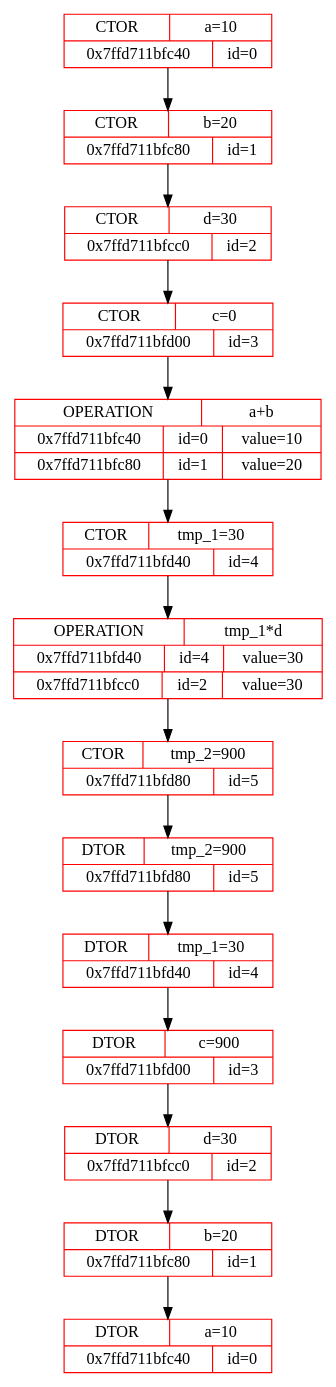
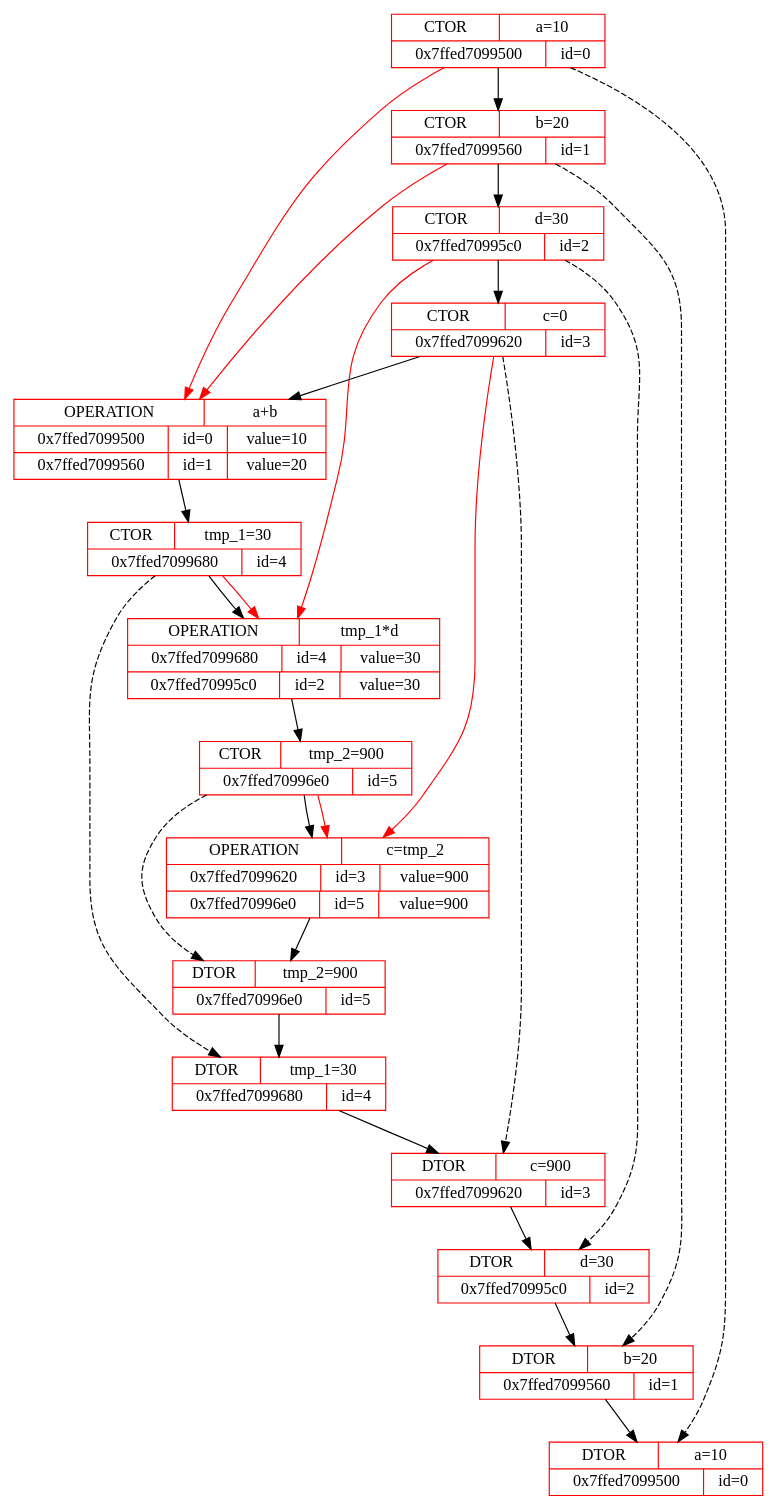
Before and after one commit to x-ENIAC/MIPT_projects_4_sem: the diagram in Dumping_int/new.dot, drawn with Graphviz. The commit also changed 9 other files, not shown here.

Commit message:
Added operation (red) and ctor-dtor (black dashed) arrows

```diff
--- a/Dumping_int/new.dot
+++ b/Dumping_int/new.dot
@@ -1,29 +1,43 @@
 digraph graphname {
-	node0CTOR [shape="record", color="red", label="{{CTOR | a=10}|{0x7ffd711bfc40 | id=0}}"]
-	node1CTOR [shape="record", color="red", label="{{CTOR | b=20}|{0x7ffd711bfc80 | id=1}}"]
+	node0CTOR [shape="record", color="red", label="{{CTOR | a=10}|{0x7ffed7099500 | id=0}}"]
+	node1CTOR [shape="record", color="red", label="{{CTOR | b=20}|{0x7ffed7099560 | id=1}}"]
 	node0CTOR -> node1CTOR
-	node2CTOR [shape="record", color="red", label="{{CTOR | d=30}|{0x7ffd711bfcc0 | id=2}}"]
+	node2CTOR [shape="record", color="red", label="{{CTOR | d=30}|{0x7ffed70995c0 | id=2}}"]
 	node1CTOR -> node2CTOR
-	node3CTOR [shape="record", color="red", label="{{CTOR | c=0}|{0x7ffd711bfd00 | id=3}}"]
+	node3CTOR [shape="record", color="red", label="{{CTOR | c=0}|{0x7ffed7099620 | id=3}}"]
 	node2CTOR -> node3CTOR
-	node0OPERATION1 [shape="record", color="red", label="{{OPERATION | a+b}|{0x7ffd711bfc40 | id=0 | value=10}|{0x7ffd711bfc80 | id=1 | value=20}}"]
+	node0OPERATION1 [shape="record", color="red", label="{{OPERATION | a+b}|{0x7ffed7099500 | id=0 | value=10}|{0x7ffed7099560 | id=1 | value=20}}"]
 	node3CTOR -> node0OPERATION1
-	node4CTOR [shape="record", color="red", label="{{CTOR | tmp_1=30}|{0x7ffd711bfd40 | id=4}}"]
+	node0CTOR -> node0OPERATION1[color="red"]
+	node1CTOR -> node0OPERATION1[color="red"]
+	node4CTOR [shape="record", color="red", label="{{CTOR | tmp_1=30}|{0x7ffed7099680 | id=4}}"]
 	node0OPERATION1 -> node4CTOR
-	node4OPERATION2 [shape="record", color="red", label="{{OPERATION | tmp_1*d}|{0x7ffd711bfd40 | id=4 | value=30}|{0x7ffd711bfcc0 | id=2 | value=30}}"]
+	node4OPERATION2 [shape="record", color="red", label="{{OPERATION | tmp_1*d}|{0x7ffed7099680 | id=4 | value=30}|{0x7ffed70995c0 | id=2 | value=30}}"]
 	node4CTOR -> node4OPERATION2
-	node5CTOR [shape="record", color="red", label="{{CTOR | tmp_2=900}|{0x7ffd711bfd80 | id=5}}"]
+	node4CTOR -> node4OPERATION2[color="red"]
+	node2CTOR -> node4OPERATION2[color="red"]
+	node5CTOR [shape="record", color="red", label="{{CTOR | tmp_2=900}|{0x7ffed70996e0 | id=5}}"]
 	node4OPERATION2 -> node5CTOR
-	node5DTOR [shape="record", color="red", label="{{DTOR | tmp_2=900}|{0x7ffd711bfd80 | id=5}}"]
-	node5CTOR -> node5DTOR
-	node4DTOR [shape="record", color="red", label="{{DTOR | tmp_1=30}|{0x7ffd711bfd40 | id=4}}"]
+	node3OPERATION5 [shape="record", color="red", label="{{OPERATION | c=tmp_2}|{0x7ffed7099620 | id=3 | value=900}|{0x7ffed70996e0 | id=5 | value=900}}"]
+	node5CTOR -> node3OPERATION5
+	node3CTOR -> node3OPERATION5[color="red"]
+	node5CTOR -> node3OPERATION5[color="red"]
+	node5DTOR [shape="record", color="red", label="{{DTOR | tmp_2=900}|{0x7ffed70996e0 | id=5}}"]
+	node3OPERATION5 -> node5DTOR
+	node5CTOR -> node5DTOR[style="dashed"]
+	node4DTOR [shape="record", color="red", label="{{DTOR | tmp_1=30}|{0x7ffed7099680 | id=4}}"]
 	node5DTOR -> node4DTOR
-	node3DTOR [shape="record", color="red", label="{{DTOR | c=900}|{0x7ffd711bfd00 | id=3}}"]
+	node4CTOR -> node4DTOR[style="dashed"]
+	node3DTOR [shape="record", color="red", label="{{DTOR | c=900}|{0x7ffed7099620 | id=3}}"]
 	node4DTOR -> node3DTOR
-	node2DTOR [shape="record", color="red", label="{{DTOR | d=30}|{0x7ffd711bfcc0 | id=2}}"]
+	node3CTOR -> node3DTOR[style="dashed"]
+	node2DTOR [shape="record", color="red", label="{{DTOR | d=30}|{0x7ffed70995c0 | id=2}}"]
 	node3DTOR -> node2DTOR
-	node1DTOR [shape="record", color="red", label="{{DTOR | b=20}|{0x7ffd711bfc80 | id=1}}"]
+	node2CTOR -> node2DTOR[style="dashed"]
+	node1DTOR [shape="record", color="red", label="{{DTOR | b=20}|{0x7ffed7099560 | id=1}}"]
 	node2DTOR -> node1DTOR
-	node0DTOR [shape="record", color="red", label="{{DTOR | a=10}|{0x7ffd711bfc40 | id=0}}"]
+	node1CTOR -> node1DTOR[style="dashed"]
+	node0DTOR [shape="record", color="red", label="{{DTOR | a=10}|{0x7ffed7099500 | id=0}}"]
 	node1DTOR -> node0DTOR
+	node0CTOR -> node0DTOR[style="dashed"]
 }
```
